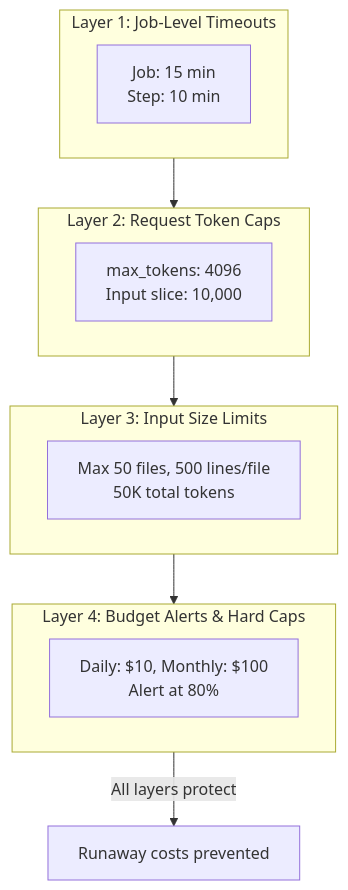
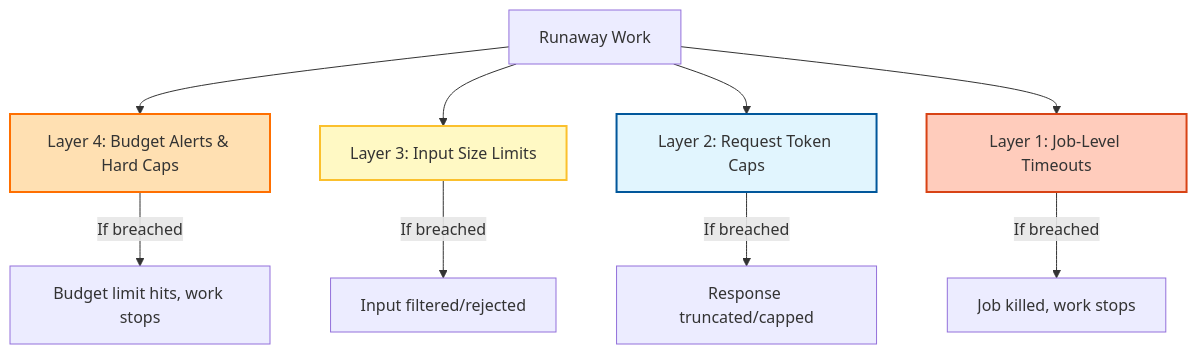
The first of 4 diagrams in reviews/diagrams-2026-01-28.md (Just-Understanding-Data-Ltd/compound-engineering-book), drawn with Mermaid before and after one commit. The commit also changed other lines of this file and 6 other files, not shown here.

````diff
--- a/reviews/diagrams-2026-01-28.md
+++ b/reviews/diagrams-2026-01-28.md
@@ -220,17 +51,19 @@
 ```mermaid
-flowchart TB
-    subgraph L4["Layer 4: Budget Alerts & Hard Caps"]
-        L4T["Daily: $10, Monthly: $100<br/>Alert at 80%"]
-    end
-    subgraph L3["Layer 3: Input Size Limits"]
-        L3T["Max 50 files, 500 lines/file<br/>50K total tokens"]
-    end
-    subgraph L2["Layer 2: Request Token Caps"]
-        L2T["max_tokens: 4096<br/>Input slice: 10,000"]
-    end
-    subgraph L1["Layer 1: Job-Level Timeouts"]
-        L1T["Job: 15 min<br/>Step: 10 min"]
-    end
-    L1 --> L2 --> L3 --> L4
-    L4 -->|All layers protect| SAFE["Runaway costs prevented"]
+graph TD
+    A["Runaway Work"] --> L4["Layer 4: Budget Alerts & Hard Caps"]
+    L4 -->|If breached| A1["Budget limit hits, work stops"]
+
+    A --> L3["Layer 3: Input Size Limits"]
+    L3 -->|If breached| A2["Input filtered/rejected"]
+
+    A --> L2["Layer 2: Request Token Caps"]
+    L2 -->|If breached| A3["Response truncated/capped"]
+
+    A --> L1["Layer 1: Job-Level Timeouts"]
+    L1 -->|If breached| A4["Job killed, work stops"]
+
+    style L4 fill:#ffe0b2,stroke:#ff6f00,stroke-width:2px
+    style L3 fill:#fff9c4,stroke:#fbc02d,stroke-width:2px
+    style L2 fill:#e1f5fe,stroke:#01579b,stroke-width:2px
+    style L1 fill:#ffccbc,stroke:#d84315,stroke-width:2px
 ```
````
